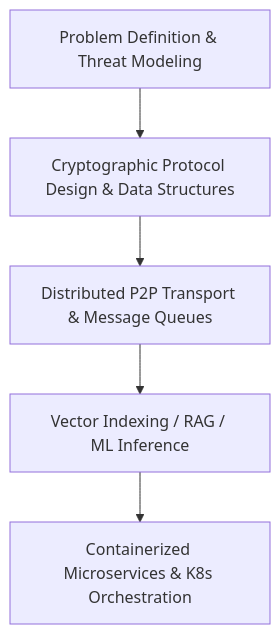
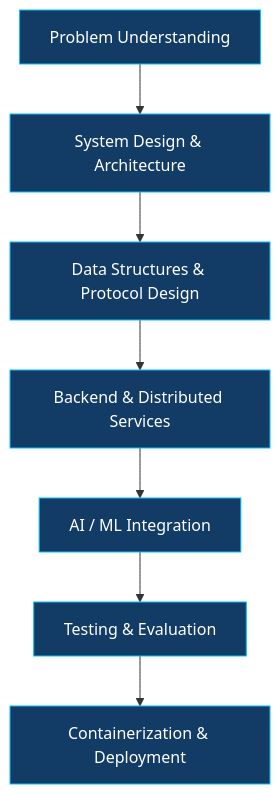
One commit to suhasshetti02/suhasshetti02 changed the diagram in README.md. Above: the diagram before and after it, drawn with Mermaid. The commit also changed other lines of this file, not shown here.

````diff
--- a/README.md
+++ b/README.md
@@ -69,7 +100,12 @@
 ```mermaid
-graph TD
-    A[Problem Definition & Threat Modeling] --> B[Cryptographic Protocol Design & Data Structures]
-    B --> C[Distributed P2P Transport & Message Queues]
-    C --> D[Vector Indexing / RAG / ML Inference]
-    D --> E[Containerized Microservices & K8s Orchestration]
+flowchart TD
+    A["Problem Understanding"] --> B["System Design & Architecture"]
+    B --> C["Data Structures & Protocol Design"]
+    C --> D["Backend & Distributed Services"]
+    D --> E["AI / ML Integration"]
+    E --> F["Testing & Evaluation"]
+    F --> G["Containerization & Deployment"]
+
+    classDef primary fill:#123B65,color:#ffffff,stroke:#00C2FF
+    class A,B,C,D,E,F,G primary
 ```
````
